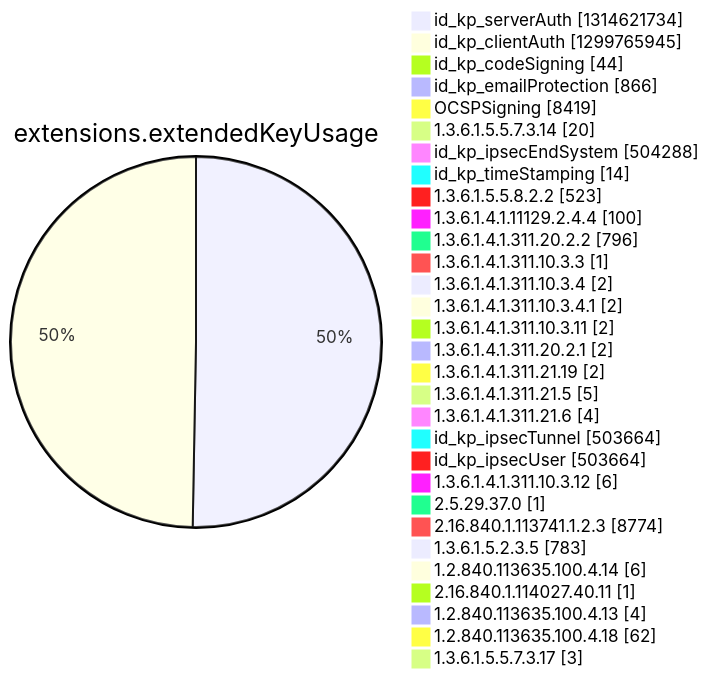
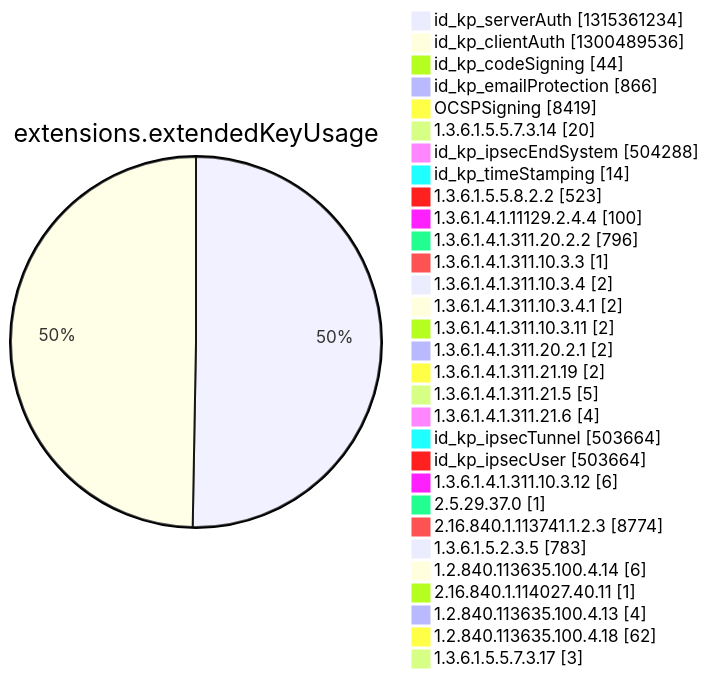
Before and after one commit to christiankrug/ctmonitor_visualization: diagram 12 of 15 in argon2022/README.md, drawn with Mermaid. The commit also changed other lines of this file, not shown here.

````diff
--- a/argon2022/README.md
+++ b/argon2022/README.md
@@ -3552,34 +3552,34 @@
 ```mermaid
 pie showData
 title extensions.extendedKeyUsage
-"id_kp_serverAuth" :1314621734
-"id_kp_clientAuth" :1299765945
+"id_kp_serverAuth" :1315361234
+"id_kp_clientAuth" :1300489536
 "id_kp_codeSigning" :44
 "id_kp_emailProtection" :866
 "OCSPSigning" :8419
 "1.3.6.1.5.5.7.3.14" :20
 "id_kp_ipsecEndSystem" :504288
 "id_kp_timeStamping" :14
 "1.3.6.1.5.5.8.2.2" :523
 "1.3.6.1.4.1.11129.2.4.4" :100
 "1.3.6.1.4.1.311.20.2.2" :796
 "1.3.6.1.4.1.311.10.3.3" :1
 "1.3.6.1.4.1.311.10.3.4" :2
 "1.3.6.1.4.1.311.10.3.4.1" :2
 "1.3.6.1.4.1.311.10.3.11" :2
 "1.3.6.1.4.1.311.20.2.1" :2
 "1.3.6.1.4.1.311.21.19" :2
 "1.3.6.1.4.1.311.21.5" :5
 "1.3.6.1.4.1.311.21.6" :4
 "id_kp_ipsecTunnel" :503664
 "id_kp_ipsecUser" :503664
 "1.3.6.1.4.1.311.10.3.12" :6
 "2.5.29.37.0" :1
 "2.16.840.1.113741.1.2.3" :8774
 "1.3.6.1.5.2.3.5" :783
 "1.2.840.113635.100.4.14" :6
 "2.16.840.1.114027.40.11" :1
 "1.2.840.113635.100.4.13" :4
 "1.2.840.113635.100.4.18" :62
 "1.3.6.1.5.5.7.3.17" :3
 ```
````
